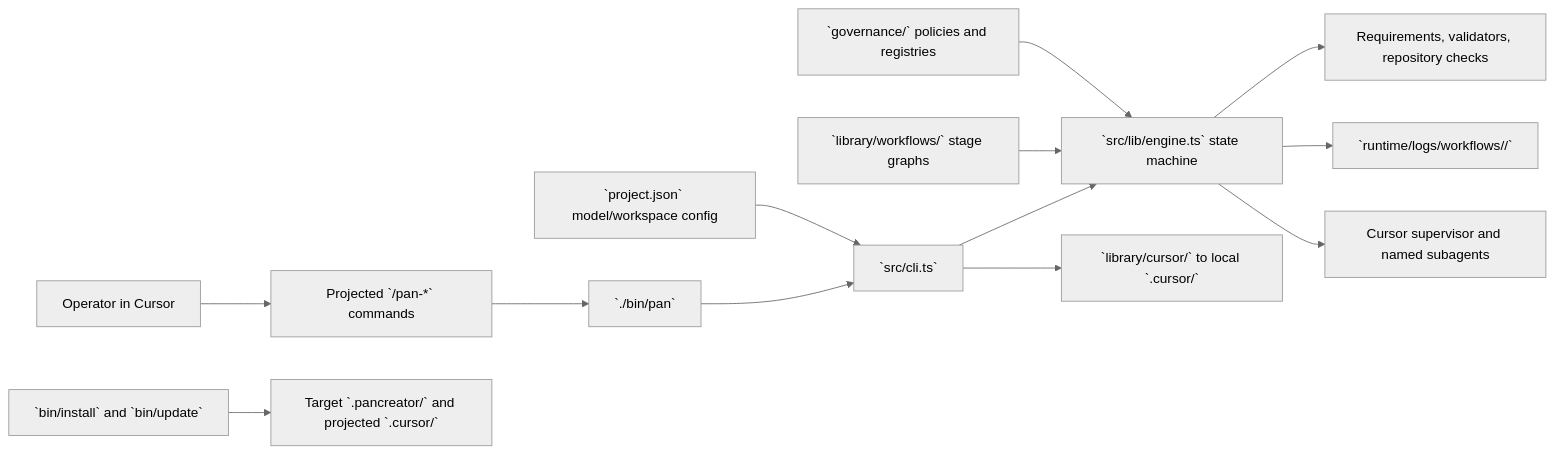
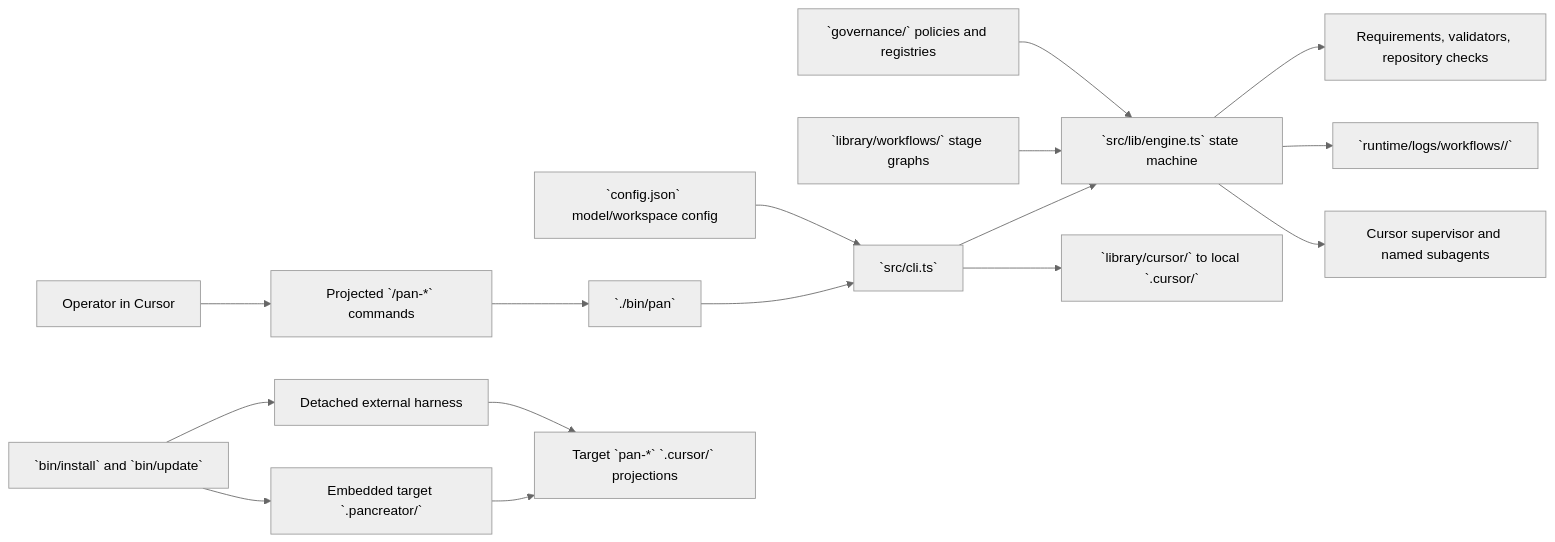
The diagram in docs/target-repo-primer.md (alenlukic/pancreator), drawn with Mermaid (neutral theme) before and after one commit. The commit also changed other lines of this file and 76 other files, not shown here.

````diff
--- a/docs/target-repo-primer.md
+++ b/docs/target-repo-primer.md
@@ -50,15 +51,18 @@
 ```mermaid
 flowchart LR
   Operator[Operator in Cursor] --> Commands[Projected `/pan-*` commands]
   Commands --> Pan[`./bin/pan`]
   Pan --> CLI[`src/cli.ts`]
   CLI --> Engine[`src/lib/engine.ts` state machine]
-  Project[`project.json` model/workspace config] --> CLI
+  Project[`config.json` model/workspace config] --> CLI
   Workflows[`library/workflows/` stage graphs] --> Engine
   Governance[`governance/` policies and registries] --> Engine
   Engine --> Validation[Requirements, validators, repository checks]
   Engine --> Runtime[`runtime/logs/workflows/<run-id>/`]
   Engine --> Workers[Cursor supervisor and named subagents]
   CLI --> Projection[`library/cursor/` to local `.cursor/`]
-  Installer[`bin/install` and `bin/update`] --> Embedded[Target `.pancreator/` and projected `.cursor/`]
+  Installer[`bin/install` and `bin/update`] --> Embedded[Embedded target `.pancreator/`]
+  Installer --> Detached[Detached external harness]
+  Embedded --> TargetCursor[Target `pan-*` `.cursor/` projections]
+  Detached --> TargetCursor
 ```
````
